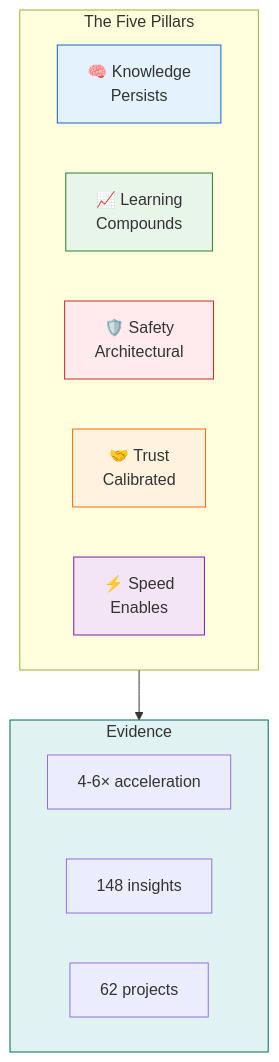
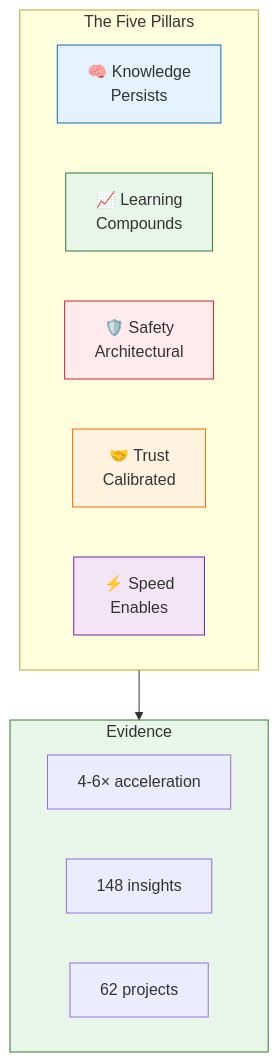
Before and after one commit to fabioc-aloha/Alex_Plug_In: diagram 15 of 17 in alex_docs/AI-ASSISTED-DEVELOPMENT-METHODOLOGY.md, drawn with Mermaid. The commit also changed other lines of this file, not shown here.

First line of the commit message:
style: polish Mermaid diagrams with GitHub-compatible color scheme

````diff
--- a/alex_docs/AI-ASSISTED-DEVELOPMENT-METHODOLOGY.md
+++ b/alex_docs/AI-ASSISTED-DEVELOPMENT-METHODOLOGY.md
@@ -798,26 +800,26 @@
 ```mermaid
 flowchart TB
     subgraph Framework["The Five Pillars"]
         direction LR
         P1["🧠 Knowledge\nPersists"]
         P2["📈 Learning\nCompounds"]
         P3["🛡️ Safety\nArchitectural"]
         P4["🤝 Trust\nCalibrated"]
         P5["⚡ Speed\nEnables"]
     end
 
     subgraph Evidence["Evidence"]
         E1["4-6× acceleration"]
         E2["148 insights"]
         E3["62 projects"]
     end
 
     Framework --> Evidence
 
     style P1 fill:#e3f2fd,stroke:#1565c0
     style P2 fill:#e8f5e9,stroke:#2e7d32
     style P3 fill:#ffebee,stroke:#c62828
     style P4 fill:#fff3e0,stroke:#ef6c00
     style P5 fill:#f3e5f5,stroke:#7b1fa2
-    style Evidence fill:#e0f2f1,stroke:#00695c
+    style Evidence fill:#e8f5e9,stroke:#2e7d32
 ```
````
